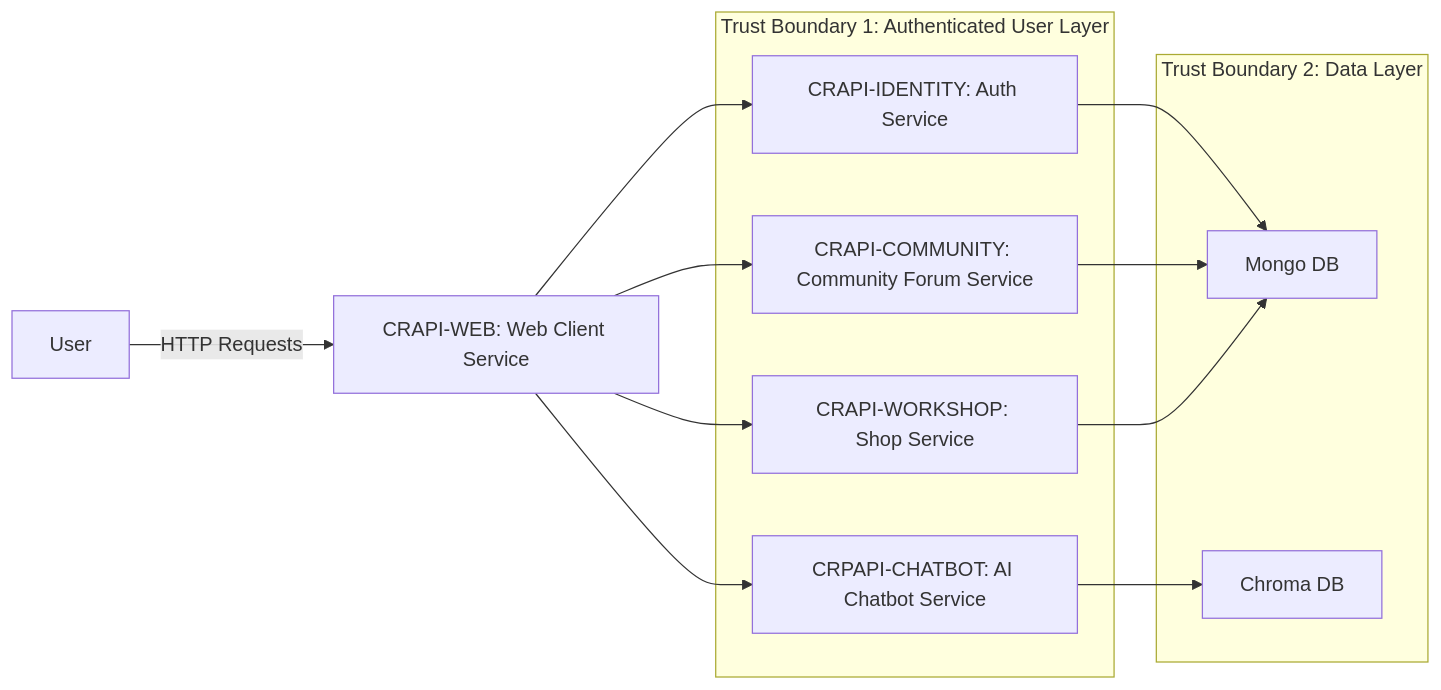
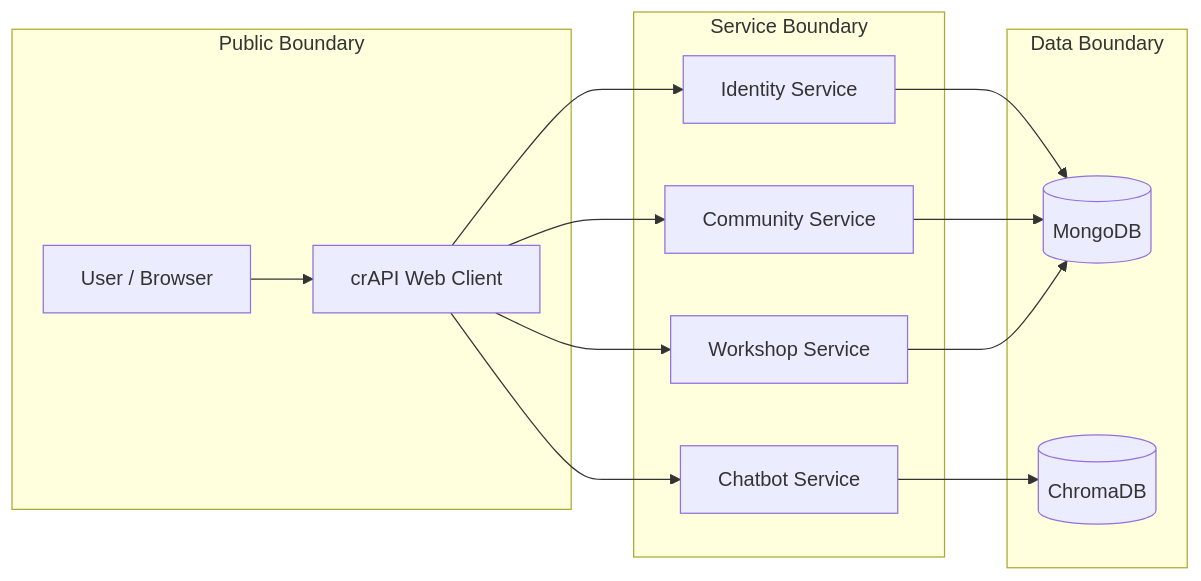
The first of 2 diagrams in appsec-projects/Securing-crAPI-AppSec-Risk-Assessment-and-Remediation/README.md (JosephJ12/cybersecurity-portfolio), drawn with Mermaid before and after one commit. The commit also changed other lines of this file and 1 other file, not shown here.

Commit message:
adding refined README for crapi project

````diff
--- a/appsec-projects/Securing-crAPI-AppSec-Risk-Assessment-and-Remediation/README.md
+++ b/appsec-projects/Securing-crAPI-AppSec-Risk-Assessment-and-Remediation/README.md
@@ -15,23 +32,30 @@
 ```mermaid
 flowchart LR
-    User -->|HTTP Requests| crapi-web[CRAPI-WEB: Web Client Service]
-    crapi-web --> crapi-identity[CRAPI-IDENTITY: Auth Service]
-    crapi-web --> crapi-community[CRAPI-COMMUNITY: Community Forum Service]
-    crapi-web --> crapi-workshop[CRAPI-WORKSHOP: Shop Service]
-    crapi-web --> crapi-chatbot[CRPAPI-CHATBOT: AI Chatbot Service]
-    crapi-identity --> db[Mongo DB]
-    crapi-community --> db[Mongo DB]
-    crapi-workshop --> db[Mongo DB]
-    crapi-chatbot --> cdb[Chroma DB]
+    User[User / Browser] --> Web[crAPI Web Client]
+    Web --> Identity[Identity Service]
+    Web --> Community[Community Service]
+    Web --> Workshop[Workshop Service]
+    Web --> Chatbot[Chatbot Service]
 
-    subgraph Trust Boundary 1: Authenticated User Layer
-        crapi-identity
-        crapi-community
-        crapi-workshop
-        crapi-chatbot
+    Identity --> DB[(MongoDB)]
+    Community --> DB
+    Workshop --> DB
+    Chatbot --> VectorDB[(ChromaDB)]
+
+    subgraph Public Boundary
+        User
+        Web
     end
-    subgraph Trust Boundary 2: Data Layer
-        db
-        cdb
+
+    subgraph Service Boundary
+        Identity
+        Community
+        Workshop
+        Chatbot
+    end
+
+    subgraph Data Boundary
+        DB
+        VectorDB
     end
 ```
````
